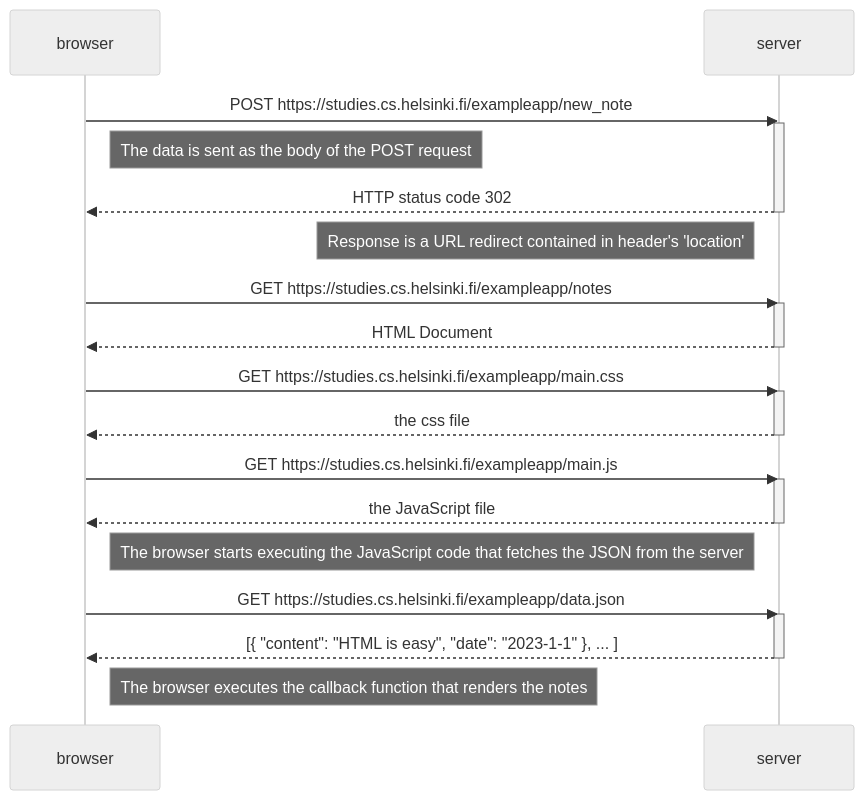
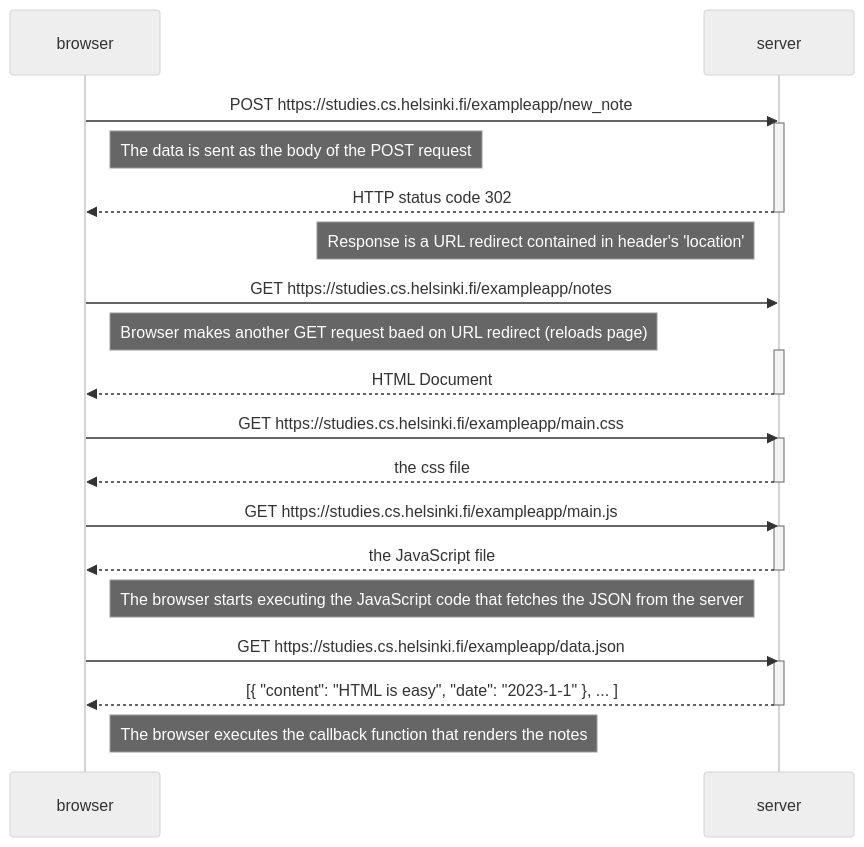
Before and after one commit to WingRa7/fullstackopencourse: the diagram in part0/4.md, drawn with Mermaid (neutral theme).

````diff
--- a/part0/4.md
+++ b/part0/4.md
@@ -2,36 +2,37 @@
 ```mermaid
 sequenceDiagram
     participant browser
     participant server
 
     browser->>server: POST https://studies.cs.helsinki.fi/exampleapp/new_note
     activate server
     Note right of browser: The data is sent as the body of the POST request
     server-->>browser: HTTP status code 302
     deactivate server
     Note left of server: Response is a URL redirect contained in header's 'location'
 
     browser->>server: GET https://studies.cs.helsinki.fi/exampleapp/notes
+    Note right of browser: Browser makes another GET request baed on URL redirect (reloads page)
     activate server
     server-->>browser: HTML Document
     deactivate server
 
     browser->>server: GET https://studies.cs.helsinki.fi/exampleapp/main.css
     activate server
     server-->>browser: the css file
     deactivate server
 
     browser->>server: GET https://studies.cs.helsinki.fi/exampleapp/main.js
     activate server
     server-->>browser: the JavaScript file
     deactivate server
 
     Note right of browser: The browser starts executing the JavaScript code that fetches the JSON from the server
 
     browser->>server: GET https://studies.cs.helsinki.fi/exampleapp/data.json
     activate server
     server-->>browser: [{ "content": "HTML is easy", "date": "2023-1-1" }, ... ]
     deactivate server
 
     Note right of browser: The browser executes the callback function that renders the notes
 ```
````
